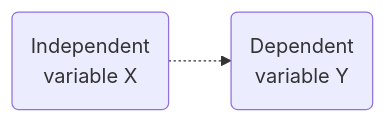
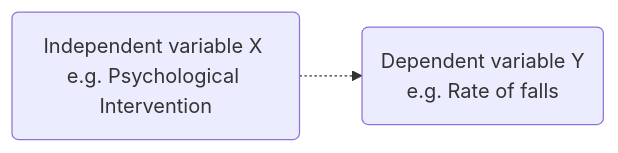
Before and after one commit to bougioukas/statsocial: the second of 3 diagrams in intro.qmd, drawn with Mermaid. The commit also changed other lines of this file and 4 other files, not shown here.

````diff
--- a/intro.qmd
+++ b/intro.qmd
@@ -204,6 +191,6 @@
 ```{mermaid}
 %%| fig-align: center
 
 flowchart LR
-  A(Independent \nvariable X) -.-> B(Dependent \nvariable Y)
+  A(Independent variable X \ne.g. Psychological Intervention) -.-> B(Dependent variable Y \ne.g. Rate of falls)
 ```
````
